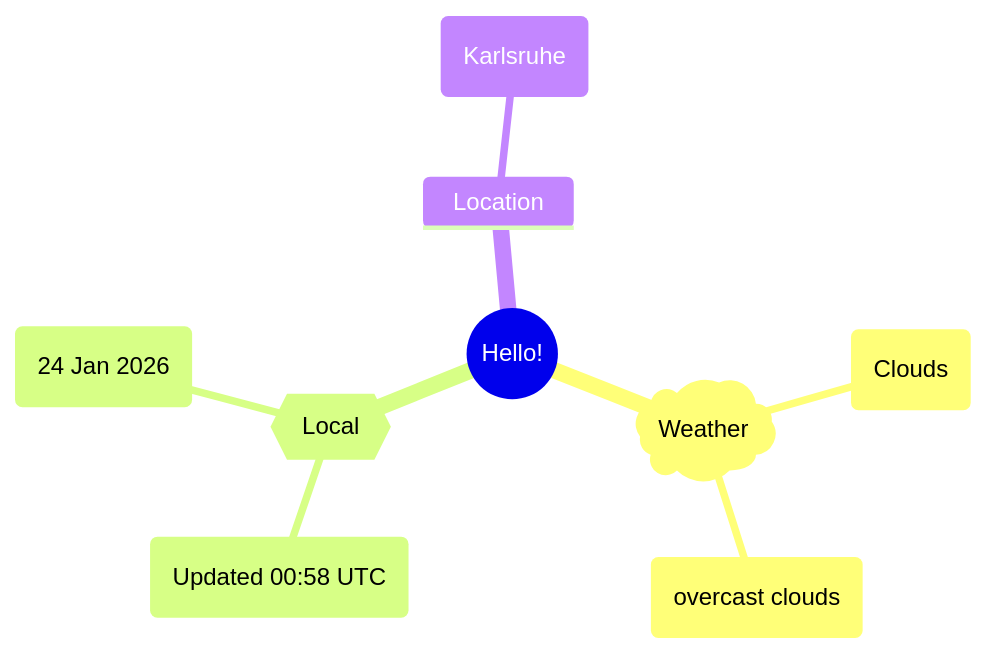
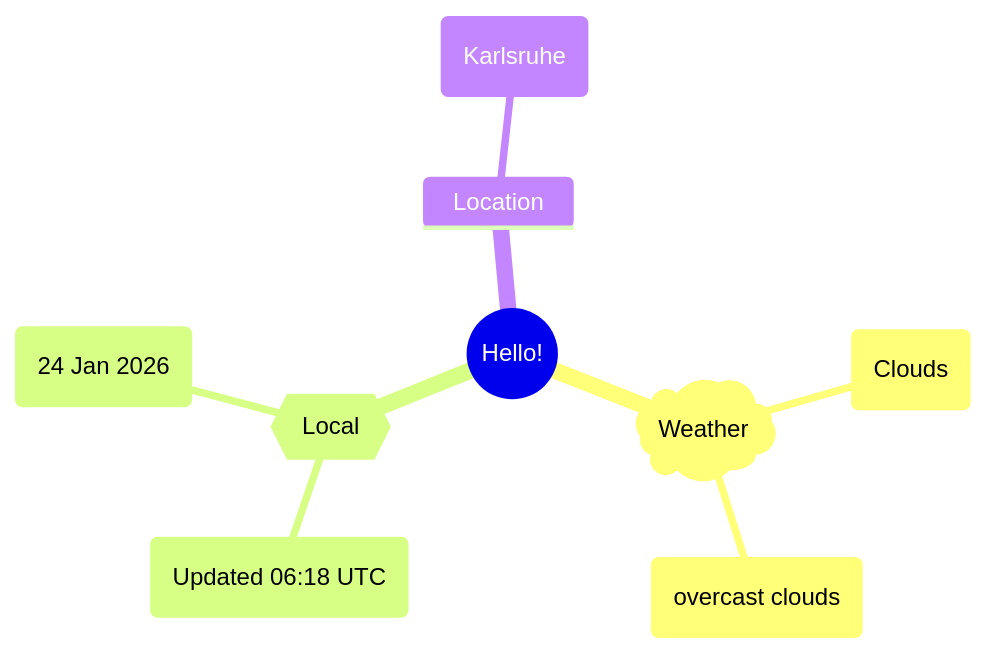
One commit to Xosrov/Xosrov changed the first of 2 diagrams in README.md. Above: the diagram before and after it, drawn with Mermaid.

Commit message:
[bot] updated images

````diff
--- a/README.md
+++ b/README.md
@@ -3,12 +3,12 @@
 ```mermaid
 mindmap
   root((Hello!))
     )Weather(
         (Clouds)
         (overcast clouds)
     {{Local}}
-        (Updated 00:58 UTC)
+        (Updated 06:18 UTC)
         (24 Jan 2026)
     Location
         (Karlsruhe)
 ```
````
